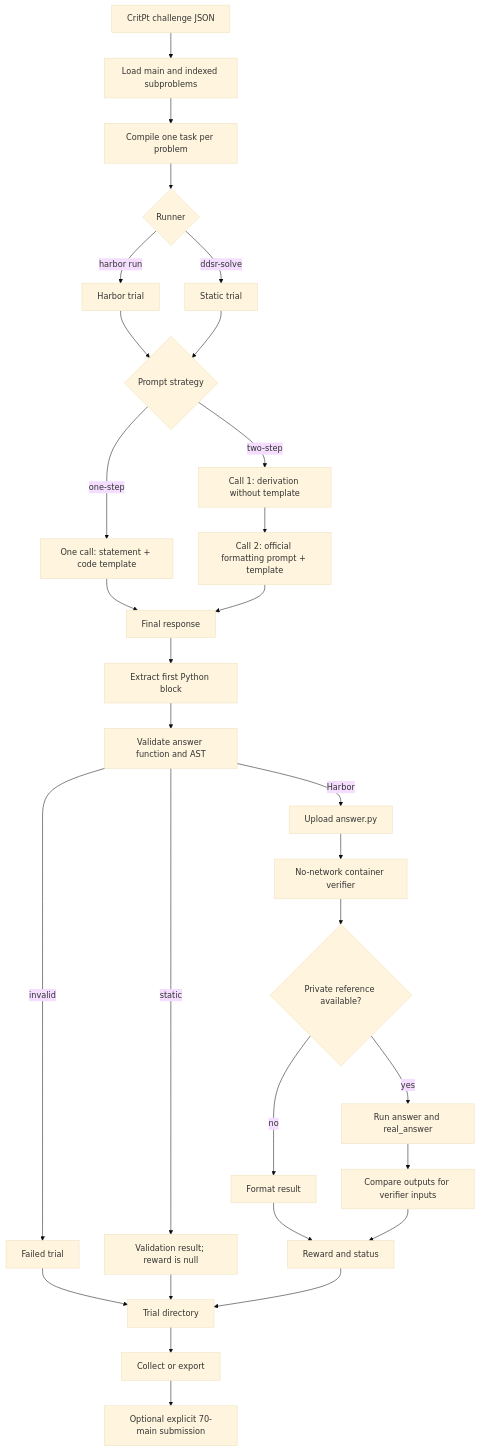
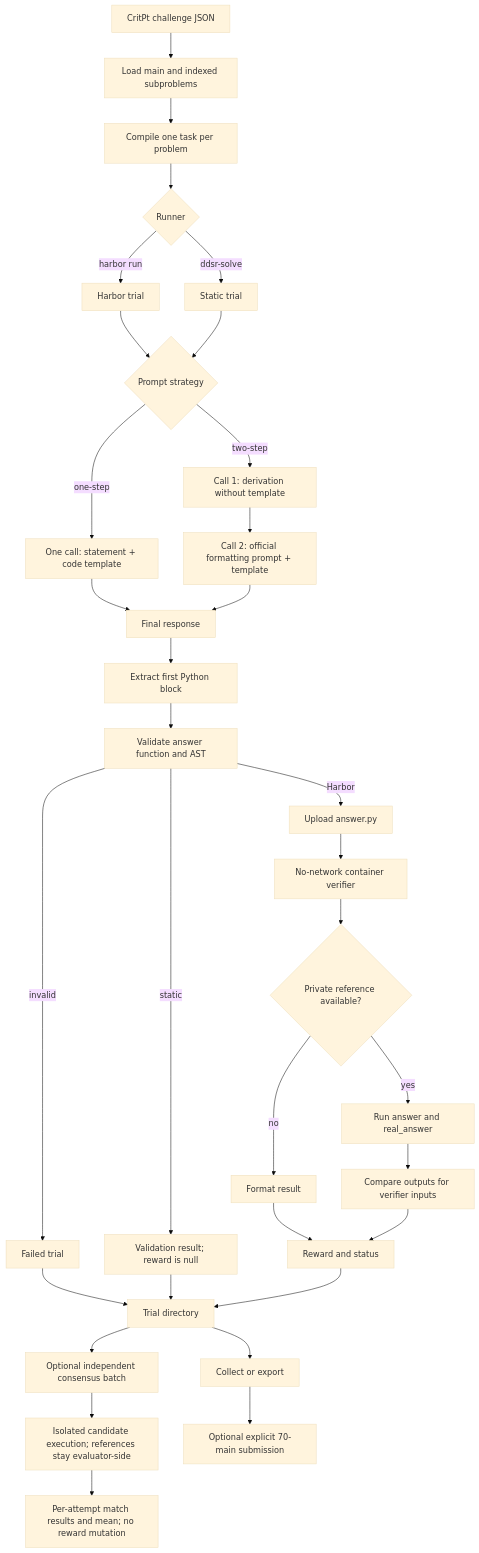
One commit to CATL-21CLab-SCIAGI/ddsr-bench changed the diagram in ddsr_bench/benchmarks/critpt/PIPELINE.md. Above: the diagram before and after it, drawn with Mermaid (base theme). The commit also changed other lines of this file and 53 other files, not shown here.

````diff
--- a/ddsr_bench/benchmarks/critpt/PIPELINE.md
+++ b/ddsr_bench/benchmarks/critpt/PIPELINE.md
@@ -7,32 +7,35 @@
 ```mermaid
 flowchart TD
     A["CritPt challenge JSON"] --> B["Load main and indexed subproblems"]
     B --> C["Compile one task per problem"]
     C --> D{"Runner"}
     D -->|"harbor run"| E["Harbor trial"]
     D -->|"ddsr-solve"| F["Static trial"]
     E --> G{"Prompt strategy"}
     F --> G
     G -->|"one-step"| H["One call: statement + code template"]
     G -->|"two-step"| I["Call 1: derivation without template"]
     I --> J["Call 2: official formatting prompt + template"]
     H --> K["Final response"]
     J --> K
     K --> L["Extract first Python block"]
     L --> M["Validate answer function and AST"]
     M -->|"invalid"| N["Failed trial"]
     M -->|"static"| O["Validation result; reward is null"]
     M -->|"Harbor"| P["Upload answer.py"]
     P --> Q["No-network container verifier"]
     Q --> R{"Private reference available?"}
     R -->|"no"| S["Format result"]
     R -->|"yes"| T["Run answer and real_answer"]
     T --> U["Compare outputs for verifier inputs"]
     S --> V["Reward and status"]
     U --> V
     N --> W["Trial directory"]
     O --> W
     V --> W
     W --> X["Collect or export"]
+    W --> Z["Optional independent consensus batch"]
+    Z --> AA["Isolated candidate execution; references stay evaluator-side"]
+    AA --> AB["Per-attempt match results and mean; no reward mutation"]
     X --> Y["Optional explicit 70-main submission"]
 ```
````
